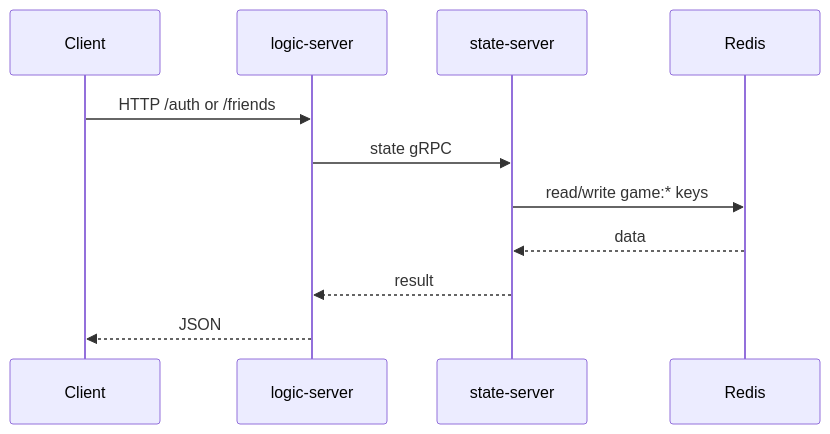
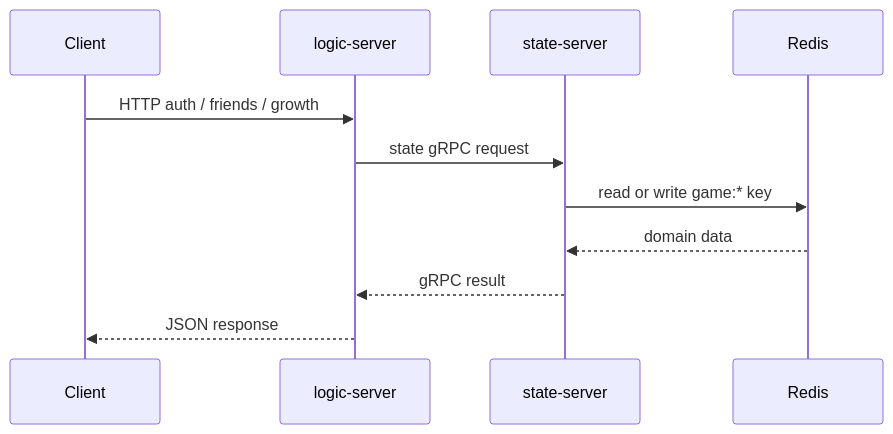
Before and after one commit to zzzhr666/server: the second of 6 diagrams in docs/architecture.md, drawn with Mermaid. The commit also changed other lines of this file and 3 other files, not shown here.

Commit message:
[docs] Document current game server architecture

````diff
--- a/docs/architecture.md
+++ b/docs/architecture.md
@@ -48,14 +54,14 @@
 ```mermaid
 sequenceDiagram
     participant C as Client
     participant L as logic-server
     participant S as state-server
-    participant R as Redis
+    participant D as Redis
 
-    C->>L: HTTP /auth or /friends
-    L->>S: state gRPC
-    S->>R: read/write game:* keys
-    R-->>S: data
-    S-->>L: result
-    L-->>C: JSON
+    C->>L: HTTP auth / friends / growth
+    L->>S: state gRPC request
+    S->>D: read or write game:* key
+    D-->>S: domain data
+    S-->>L: gRPC result
+    L-->>C: JSON response
 ```
````
